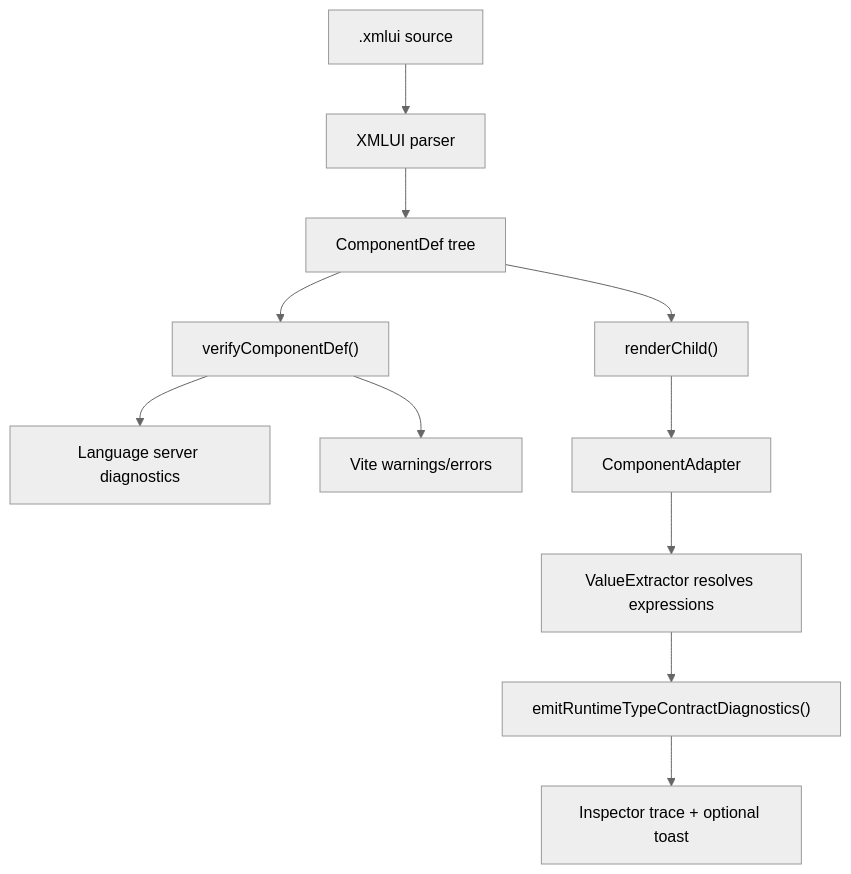
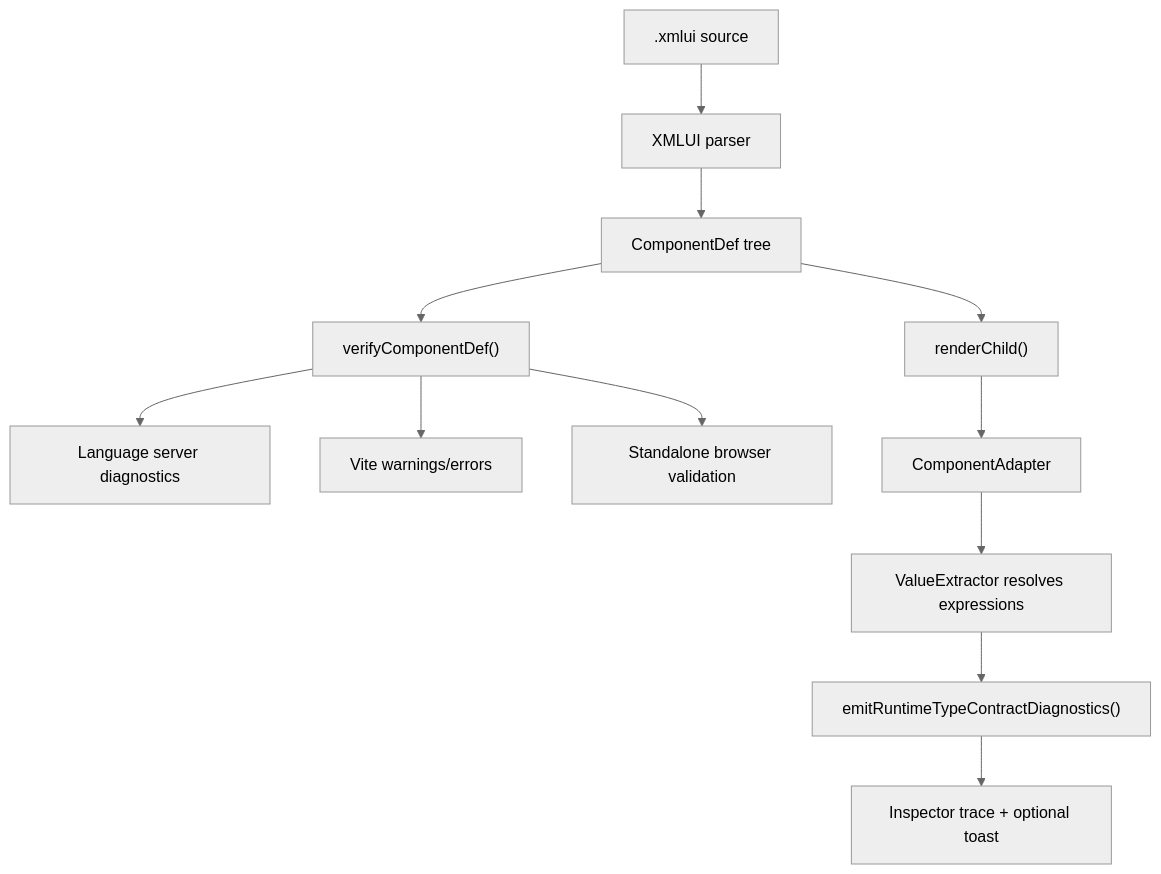
One commit to xmlui-org/xmlui changed the diagram in xmlui/dev-docs/guide/27-type-contracts.md. Above: the diagram before and after it, drawn with Mermaid (neutral theme). The commit also changed other lines of this file and 22 other files, not shown here.

````diff
--- a/xmlui/dev-docs/guide/27-type-contracts.md
+++ b/xmlui/dev-docs/guide/27-type-contracts.md
@@ -31,13 +33,14 @@
 ```mermaid
 flowchart TD
   source[".xmlui source"] --> parser["XMLUI parser"]
   parser --> tree["ComponentDef tree"]
   tree --> verifier["verifyComponentDef()"]
   verifier --> lsp["Language server diagnostics"]
   verifier --> vite["Vite warnings/errors"]
+  verifier --> standalone["Standalone browser validation"]
   tree --> render["renderChild()"]
   render --> adapter["ComponentAdapter"]
   adapter --> extractor["ValueExtractor resolves expressions"]
   extractor --> runtime["emitRuntimeTypeContractDiagnostics()"]
   runtime --> inspector["Inspector trace + optional toast"]
 ```
````
